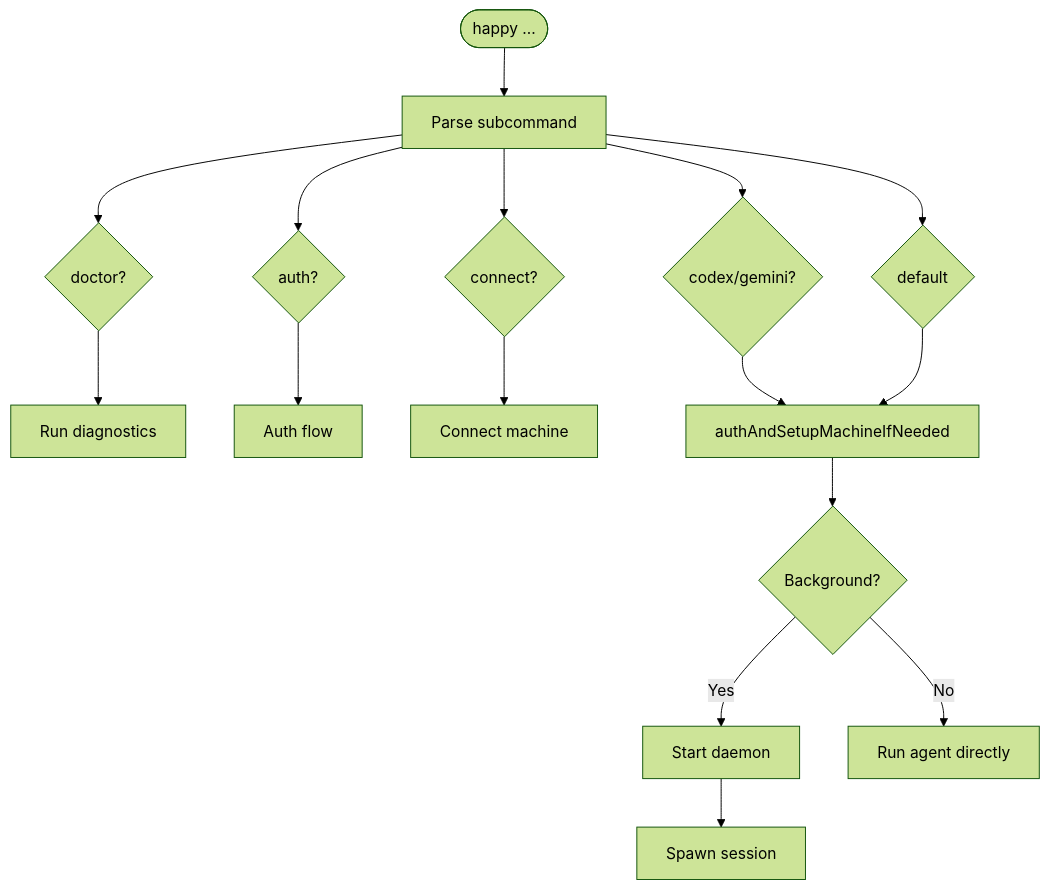
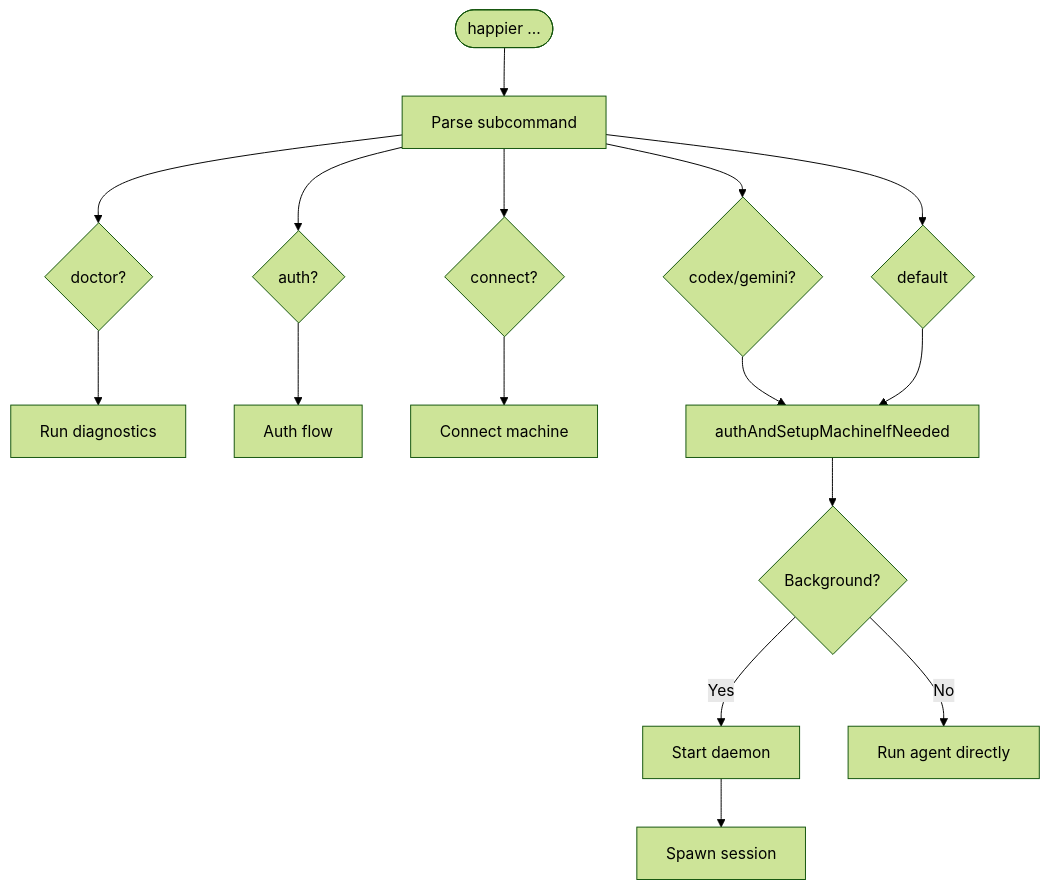
The second of 12 diagrams in docs/cli-architecture.md (happier-dev/happier), drawn with Mermaid (forest theme) before and after one commit. The commit also changed other lines of this file and 79 other files, not shown here.

First line of the commit message:
chore(rebrand): rename Happy to Happier across repo

````diff
--- a/docs/cli-architecture.md
+++ b/docs/cli-architecture.md
@@ -50,23 +50,23 @@
 ```mermaid
 flowchart TD
-    Start([happy ...]) --> Parse[Parse subcommand]
+    Start([happier ...]) --> Parse[Parse subcommand]
 
     Parse --> Doctor{doctor?}
     Parse --> Auth{auth?}
     Parse --> Connect{connect?}
     Parse --> Agent{codex/gemini?}
     Parse --> Default{default}
 
     Doctor --> RunDoctor[Run diagnostics]
     Auth --> RunAuth[Auth flow]
     Connect --> RunConnect[Connect machine]
 
     Agent --> Setup[authAndSetupMachineIfNeeded]
     Default --> Setup
 
     Setup --> Context{Background?}
     Context --> |Yes| StartDaemon[Start daemon]
     Context --> |No| RunAgent[Run agent directly]
 
     StartDaemon --> SpawnSession[Spawn session]
 ```
````
